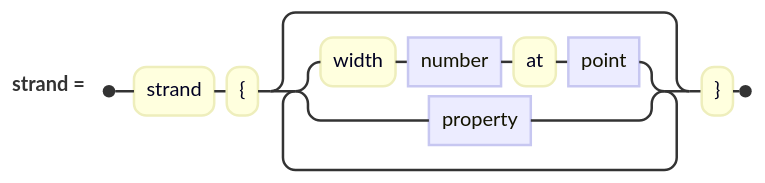
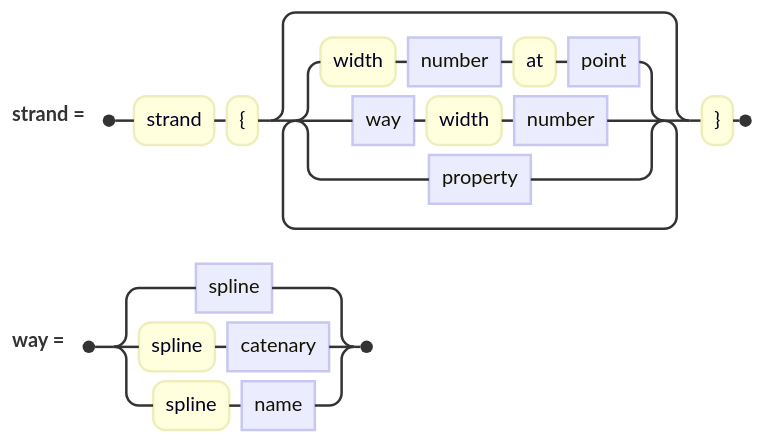
The diagram in docs/diagrams/advanced/strandClause.mmd (jskress/RayTracer), drawn with Mermaid before and after one commit. The commit also changed 59 other files, not shown here.

```diff
--- a/docs/diagrams/advanced/strandClause.mmd
+++ b/docs/diagrams/advanced/strandClause.mmd
@@ -1,4 +1,6 @@
 railroad-ebnf-beta
 title "A strand"
 
-strand = "strand" "{" { "width" number "at" point | property } "}" ;
+strand = "strand" "{" { "width" number "at" point | way "width" number | property } "}" ;
+
+way = spline | "spline" catenary | "spline" name ;
```
